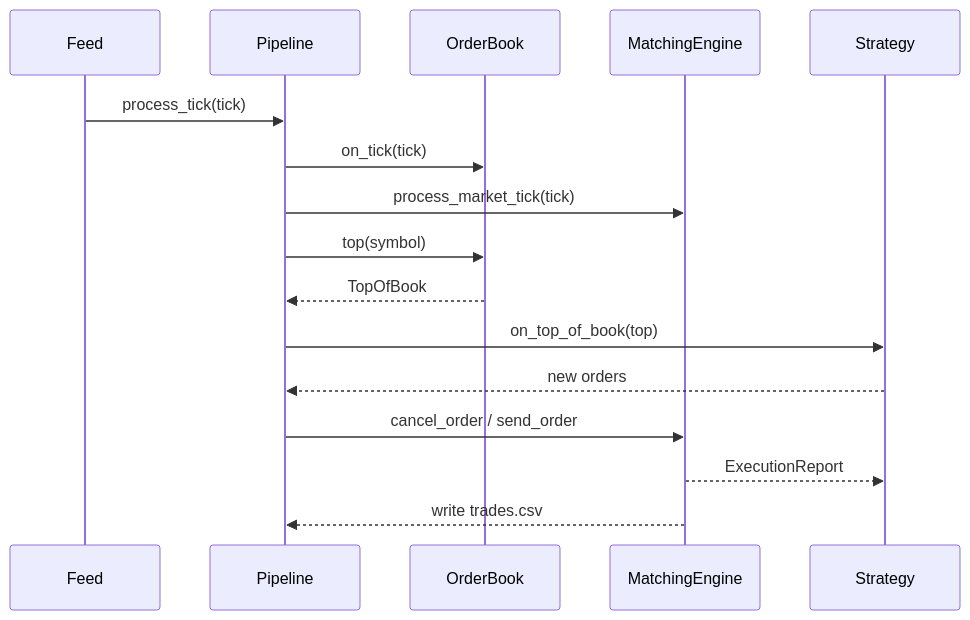
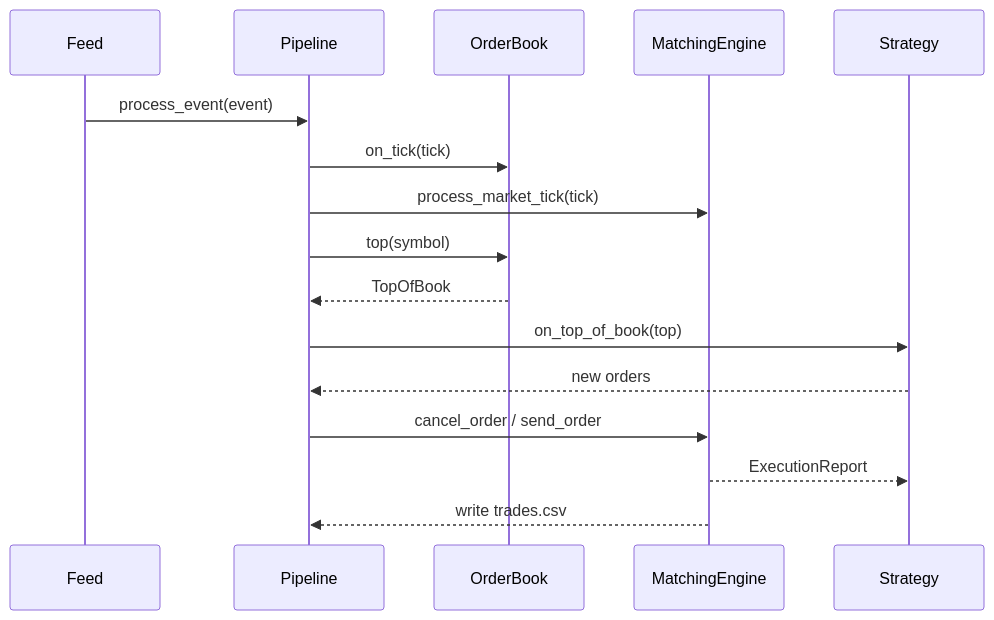
The second of 4 diagrams in docs/ARCHITECTURE.md (12mango/ToyQuant-v1), drawn with Mermaid before and after one commit. The commit also changed other lines of this file and 22 other files, not shown here.

````diff
--- a/docs/ARCHITECTURE.md
+++ b/docs/ARCHITECTURE.md
@@ -133,18 +143,18 @@
 ```mermaid
 sequenceDiagram
     participant F as Feed
     participant P as Pipeline
     participant B as OrderBook
     participant M as MatchingEngine
     participant S as Strategy
-    F->>P: process_tick(tick)
+    F->>P: process_event(event)
     P->>B: on_tick(tick)
     P->>M: process_market_tick(tick)
     P->>B: top(symbol)
     B-->>P: TopOfBook
     P->>S: on_top_of_book(top)
     S-->>P: new orders
     P->>M: cancel_order / send_order
     M-->>S: ExecutionReport
     M-->>P: write trades.csv
 ```
````
